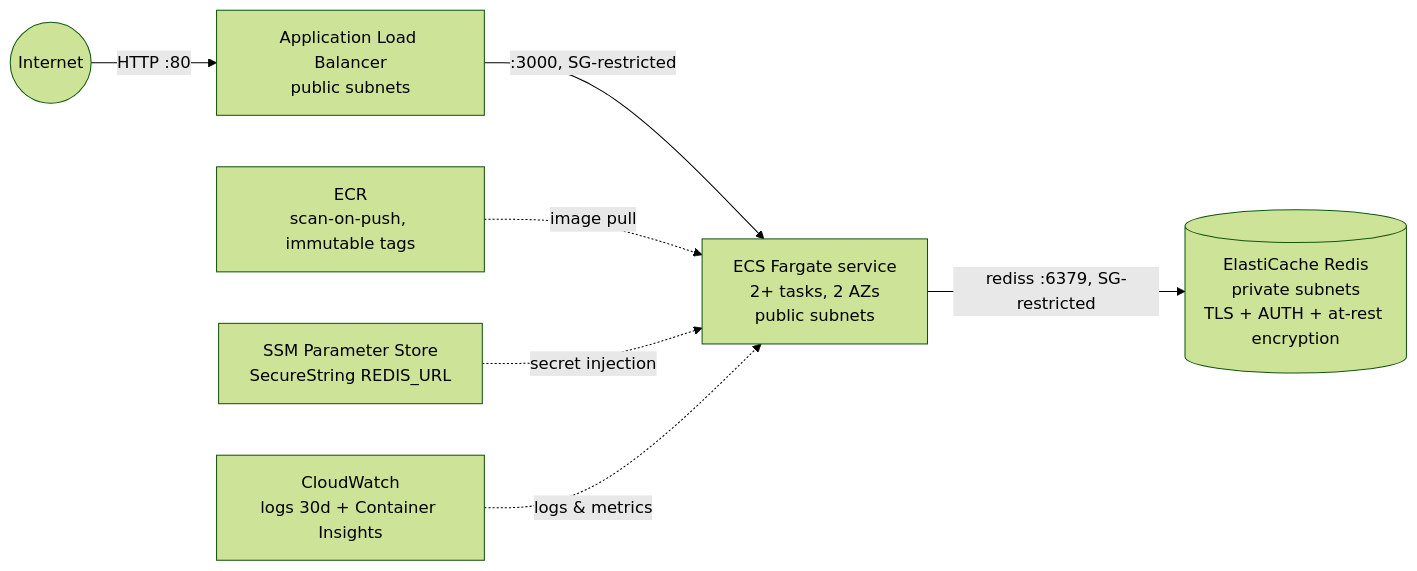
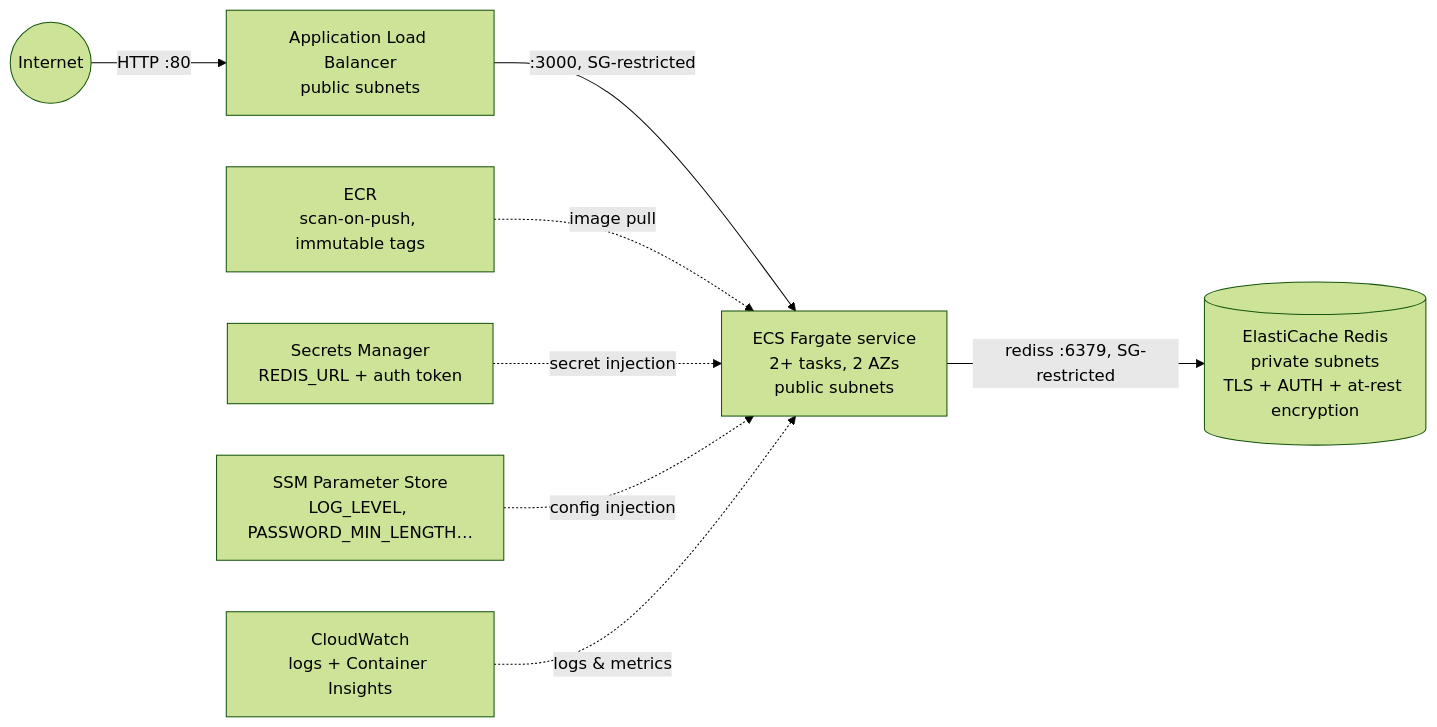
Before and after one commit to ArashM0z/auth-api: the diagram in infra/README.md, drawn with Mermaid (forest theme). The commit also changed other lines of this file, not shown here.

Commit message:
Document ECS-over-EKS decision and secrets architecture

````diff
--- a/infra/README.md
+++ b/infra/README.md
@@ -9,10 +9,11 @@
 ```mermaid
 flowchart LR
     I((Internet)) -->|HTTP :80| ALB[Application Load Balancer<br/>public subnets]
     ALB -->|:3000, SG-restricted| ECS[ECS Fargate service<br/>2+ tasks, 2 AZs<br/>public subnets]
     ECS -->|rediss :6379, SG-restricted| R[(ElastiCache Redis<br/>private subnets<br/>TLS + AUTH + at-rest encryption)]
 
     ECR[ECR<br/>scan-on-push, immutable tags] -.->|image pull| ECS
-    SSM[SSM Parameter Store<br/>SecureString REDIS_URL] -.->|secret injection| ECS
-    CW[CloudWatch<br/>logs 30d + Container Insights] -.->|logs & metrics| ECS
+    SM[Secrets Manager<br/>REDIS_URL + auth token] -.->|secret injection| ECS
+    SSM[SSM Parameter Store<br/>LOG_LEVEL, PASSWORD_MIN_LENGTH…] -.->|config injection| ECS
+    CW[CloudWatch<br/>logs + Container Insights] -.->|logs & metrics| ECS
 ```
````
